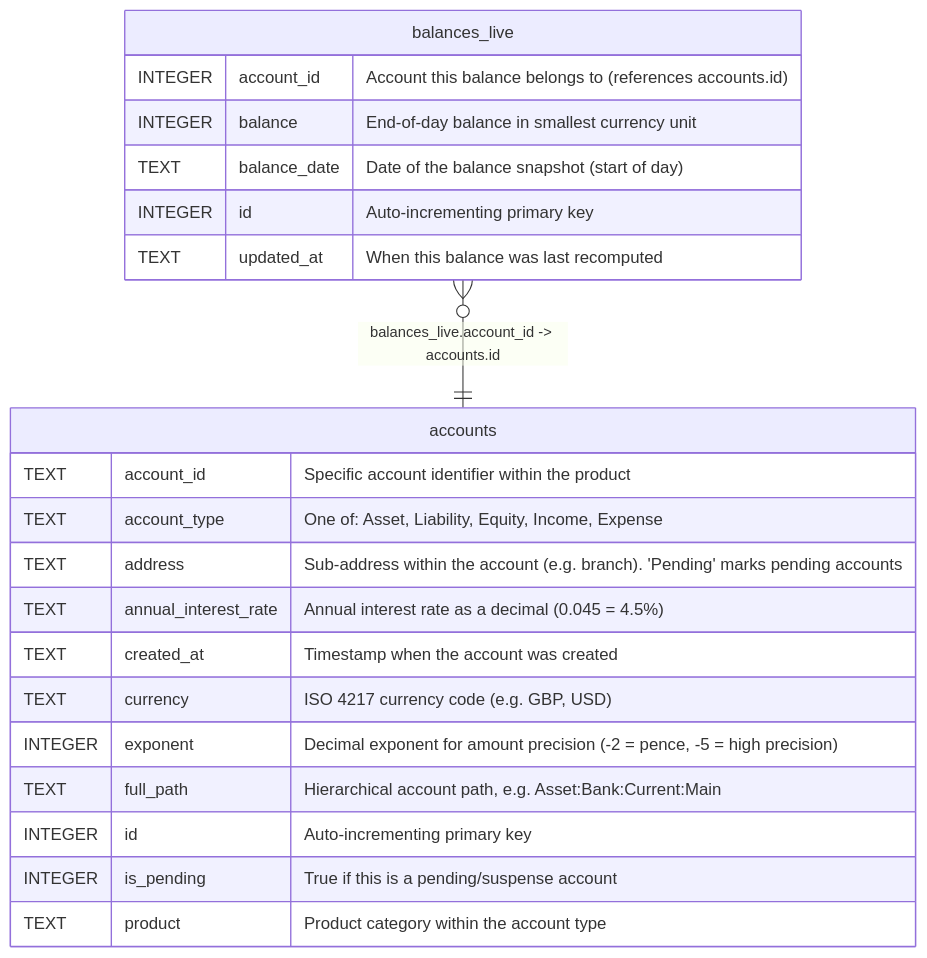
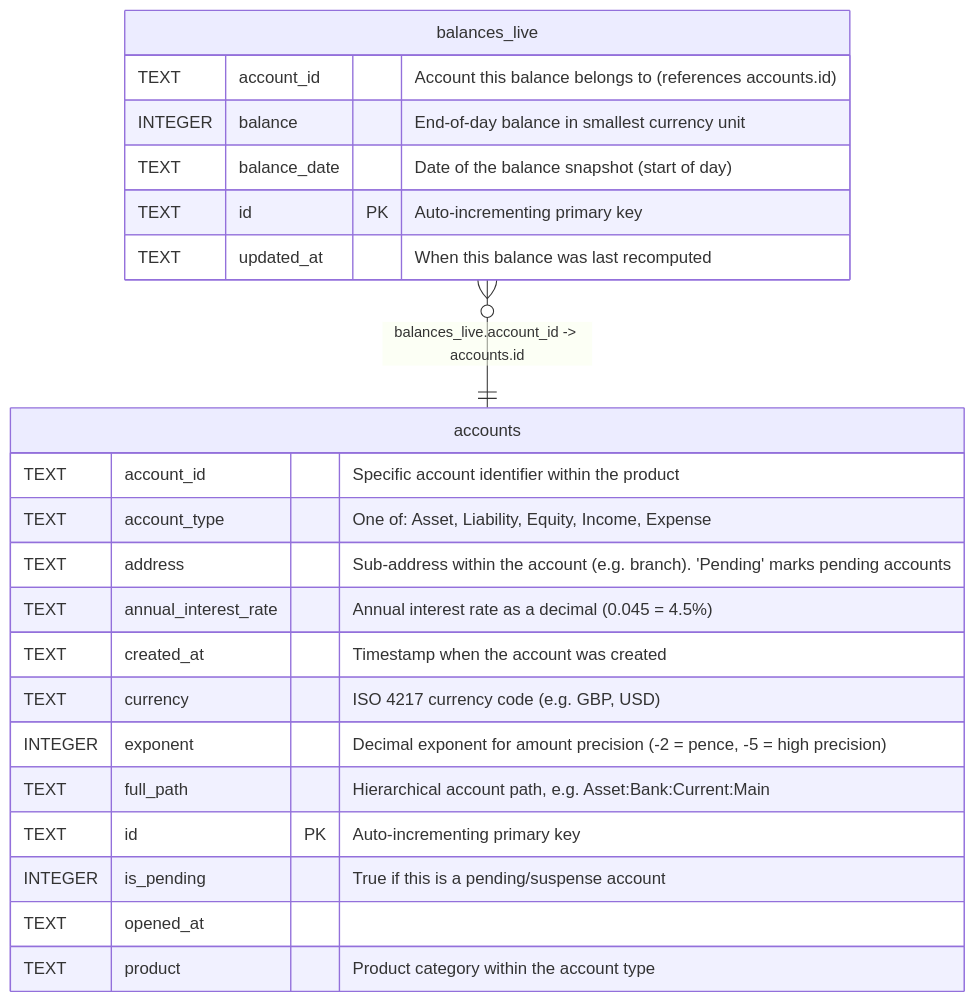
Before and after one commit to drummonds/go-luca: the diagram in docs/schema/balances_live.md, drawn with Mermaid. The commit also changed other lines of this file and 29 other files, not shown here.

````diff
--- a/docs/schema/balances_live.md
+++ b/docs/schema/balances_live.md
@@ -47,26 +49,27 @@
 ```mermaid
 erDiagram
 
 "balances_live" }o--|| "accounts" : "balances_live.account_id -> accounts.id"
 
 "balances_live" {
-  INTEGER account_id "Account this balance belongs to (references accounts.id)"
+  TEXT account_id "Account this balance belongs to (references accounts.id)"
   INTEGER balance "End-of-day balance in smallest currency unit"
   TEXT balance_date "Date of the balance snapshot (start of day)"
-  INTEGER id "Auto-incrementing primary key"
+  TEXT id PK "Auto-incrementing primary key"
   TEXT updated_at "When this balance was last recomputed"
 }
 "accounts" {
   TEXT account_id "Specific account identifier within the product"
   TEXT account_type "One of: Asset, Liability, Equity, Income, Expense"
   TEXT address "Sub-address within the account (e.g. branch). 'Pending' marks pending accounts"
   TEXT annual_interest_rate "Annual interest rate as a decimal (0.045 = 4.5%)"
   TEXT created_at "Timestamp when the account was created"
   TEXT currency "ISO 4217 currency code (e.g. GBP, USD)"
   INTEGER exponent "Decimal exponent for amount precision (-2 = pence, -5 = high precision)"
   TEXT full_path "Hierarchical account path, e.g. Asset:Bank:Current:Main"
-  INTEGER id "Auto-incrementing primary key"
+  TEXT id PK "Auto-incrementing primary key"
   INTEGER is_pending "True if this is a pending/suspense account"
+  TEXT opened_at ""
   TEXT product "Product category within the account type"
 }
 ```
````
